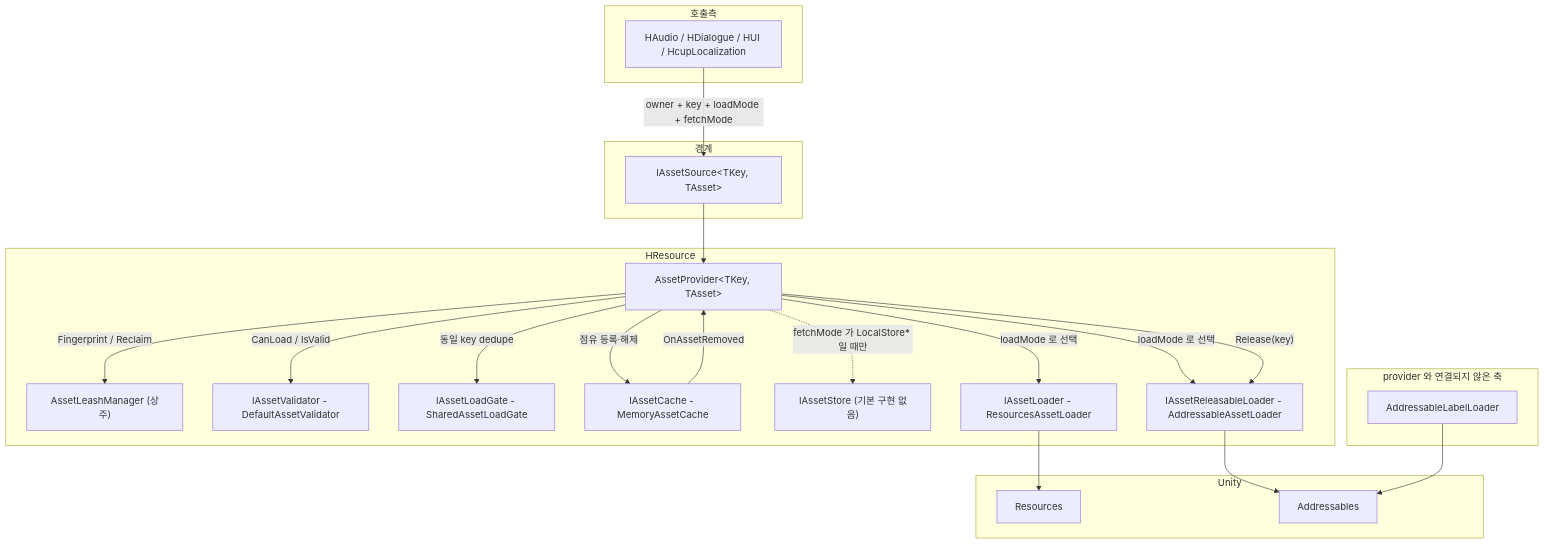
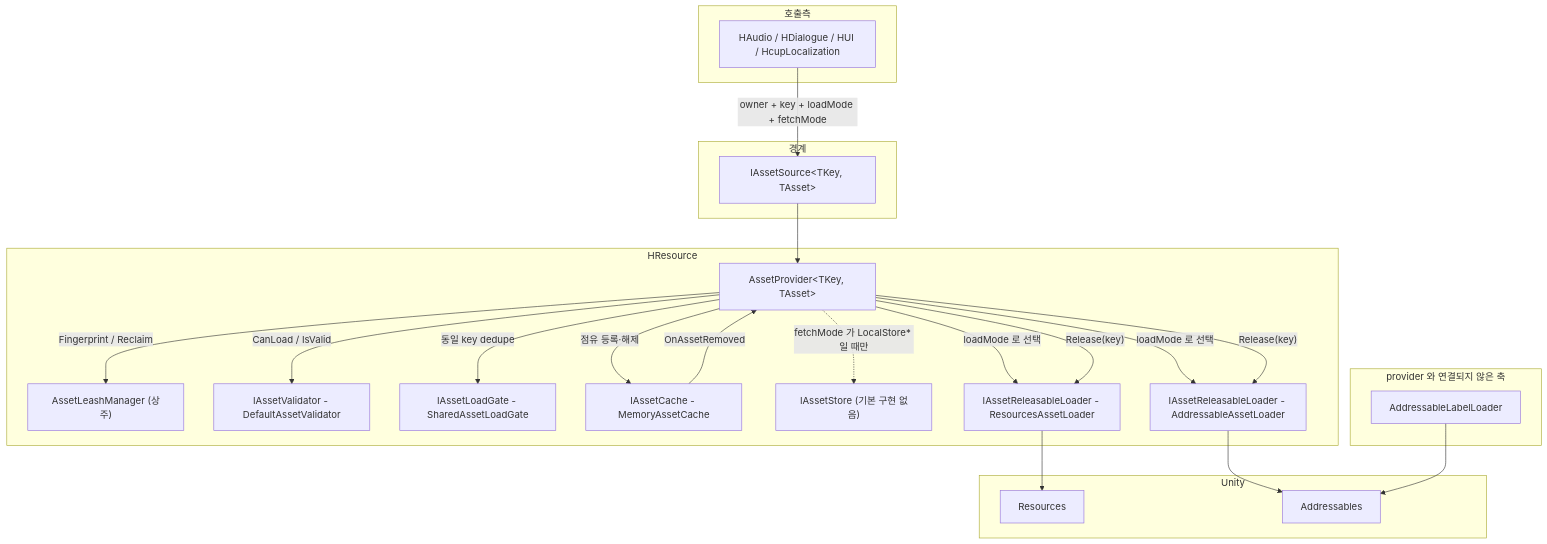
One commit to HoHong123/HCUP-Unity changed the first of 3 diagrams in HResource/Runtime/README.md. Above: the diagram before and after it, drawn with Mermaid. The commit also changed other lines of this file, not shown here.

Commit message:
[Docs] 📝 21.09.26 Update the Resources loader entries in HResource Runtime README

````diff
--- a/HResource/Runtime/README.md
+++ b/HResource/Runtime/README.md
@@ -58,41 +58,42 @@
 ```mermaid
 flowchart TD
     subgraph 호출측
     A["HAudio / HDialogue / HUI / HcupLocalization"]
     end
     subgraph 경계
     B["IAssetSource&lt;TKey, TAsset&gt;"]
     end
     subgraph HResource
     C["AssetProvider&lt;TKey, TAsset&gt;"]
     N["AssetLeashManager (상주)"]
     D["IAssetValidator - DefaultAssetValidator"]
     E["IAssetLoadGate - SharedAssetLoadGate"]
     F["IAssetCache - MemoryAssetCache"]
     G["IAssetStore (기본 구현 없음)"]
-    H["IAssetLoader - ResourcesAssetLoader"]
+    H["IAssetReleasableLoader - ResourcesAssetLoader"]
     I["IAssetReleasableLoader - AddressableAssetLoader"]
     end
     subgraph 별도축["provider 와 연결되지 않은 축"]
     J["AddressableLabelLoader"]
     end
     subgraph Unity
     L["Resources"]
     M["Addressables"]
     end
 
     A -->|"owner + key + loadMode + fetchMode"| B
     B --> C
     C -->|"Fingerprint / Reclaim"| N
     C -->|"CanLoad / IsValid"| D
     C -->|"동일 key dedupe"| E
     C -->|"점유 등록·해제"| F
     C -.->|"fetchMode 가 LocalStore* 일 때만"| G
     C -->|"loadMode 로 선택"| H
     C -->|"loadMode 로 선택"| I
     F -->|"OnAssetRemoved"| C
+    C -->|"Release(key)"| H
     C -->|"Release(key)"| I
     H --> L
     I --> M
     J --> M
 ```
````
